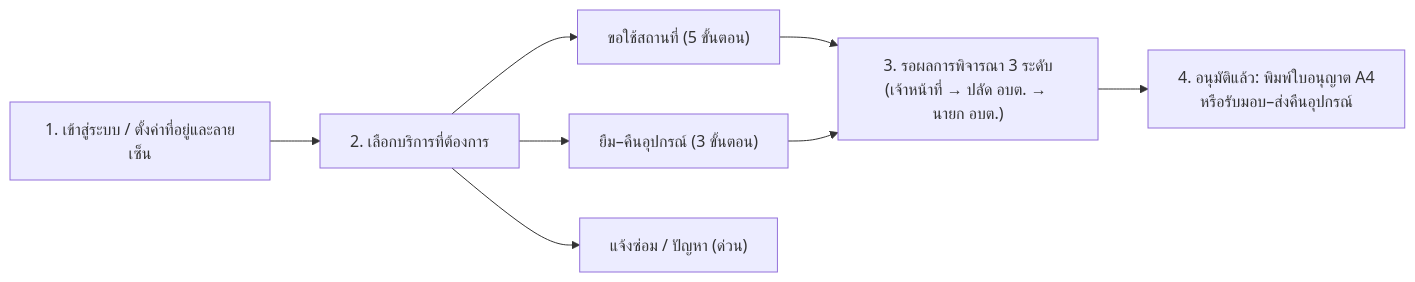
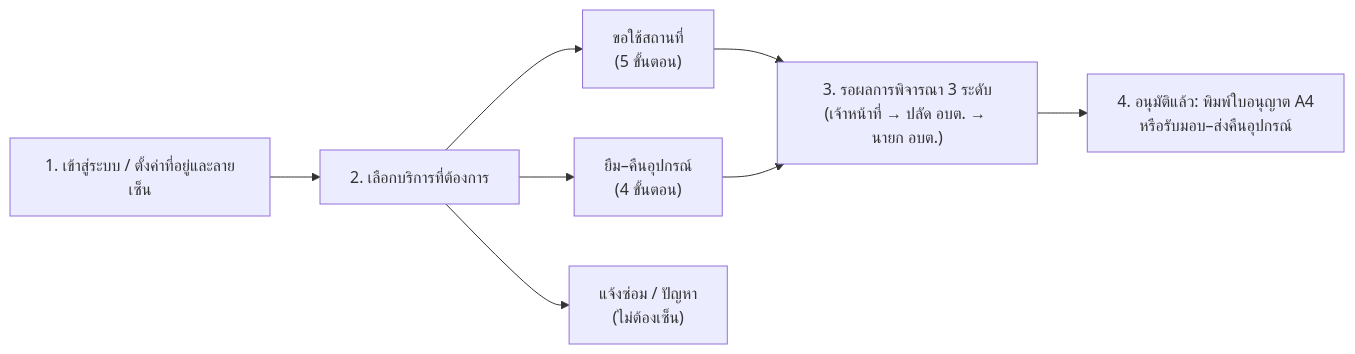
The first of 4 diagrams in USER_MANUAL.md (K1MTHERAWAT/JapJong), drawn with Mermaid before and after one commit. The commit also changed other lines of this file, not shown here.

````diff
--- a/USER_MANUAL.md
+++ b/USER_MANUAL.md
@@ -23,10 +23,10 @@
 ```mermaid
 flowchart LR
     A["1. เข้าสู่ระบบ / ตั้งค่าที่อยู่และลายเซ็น"] --> B["2. เลือกบริการที่ต้องการ"]
-    B --> C1["ขอใช้สถานที่ (5 ขั้นตอน)"]
-    B --> C2["ยืม–คืนอุปกรณ์ (3 ขั้นตอน)"]
-    B --> C3["แจ้งซ่อม / ปัญหา (ด่วน)"]
+    B --> C1["ขอใช้สถานที่\n(5 ขั้นตอน)"]
+    B --> C2["ยืม–คืนอุปกรณ์\n(4 ขั้นตอน)"]
+    B --> C3["แจ้งซ่อม / ปัญหา\n(ไม่ต้องเซ็น)"]
     C1 --> D["3. รอผลการพิจารณา 3 ระดับ\n(เจ้าหน้าที่ → ปลัด อบต. → นายก อบต.)"]
     C2 --> D
     D --> E["4. อนุมัติแล้ว: พิมพ์ใบอนุญาต A4\nหรือรับมอบ–ส่งคืนอุปกรณ์"]
 ```
````
